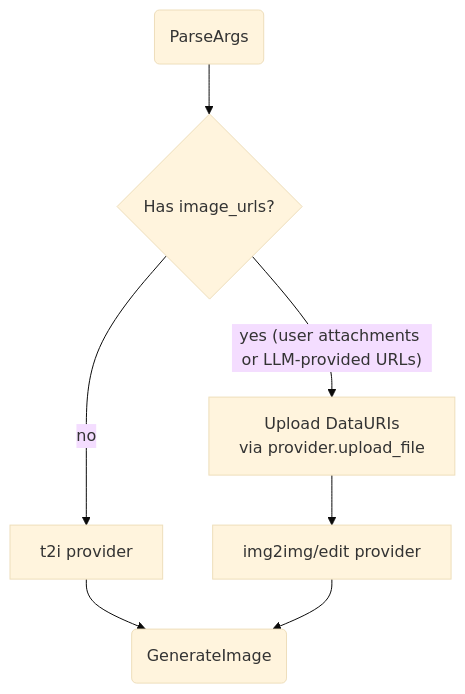
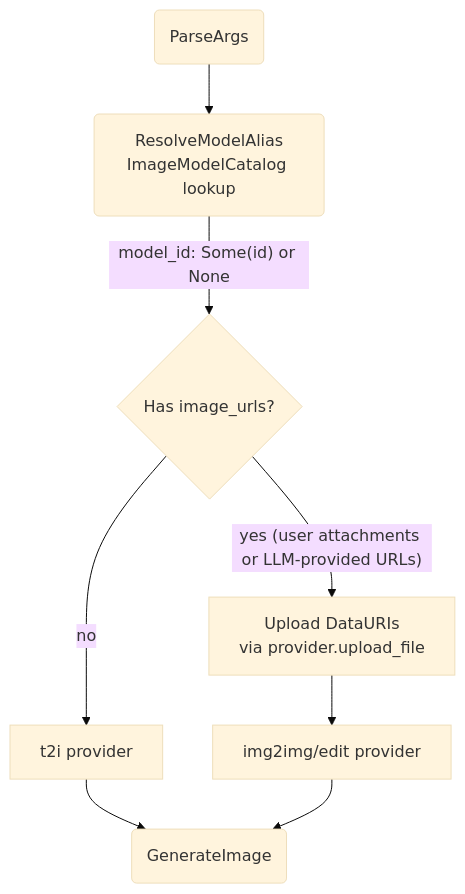
One commit to cosmoswafer/rockbot changed the third of 5 diagrams in _dfd/tools/image-gen.md. Above: the diagram before and after it, drawn with Mermaid (base theme). The commit also changed other lines of this file and 6 other files, not shown here.

Commit message:
feat(image_gen): per-call model selection from the image models catalog (closes #92)

````diff
--- a/_dfd/tools/image-gen.md
+++ b/_dfd/tools/image-gen.md
@@ -74,16 +86,18 @@
 ```mermaid
 flowchart TD
     PARSE(ParseArgs)
+    RESOLVE(ResolveModelAlias<br/>ImageModelCatalog lookup)
     CHECK{Has image_urls?}
     UPLOAD_URI[Upload DataURIs<br/>via provider.upload_file]
     T2I[t2i provider]
     IMG2IMG[img2img/edit provider]
     GEN(GenerateImage)
 
-    PARSE --> CHECK
+    PARSE --> RESOLVE
+    RESOLVE -->|"model_id: Some(id) or None"| CHECK
     CHECK -->|"yes (user attachments or LLM-provided URLs)"| UPLOAD_URI
     CHECK -->|"no"| T2I
     UPLOAD_URI --> IMG2IMG
     T2I --> GEN
     IMG2IMG --> GEN
 ```
````
